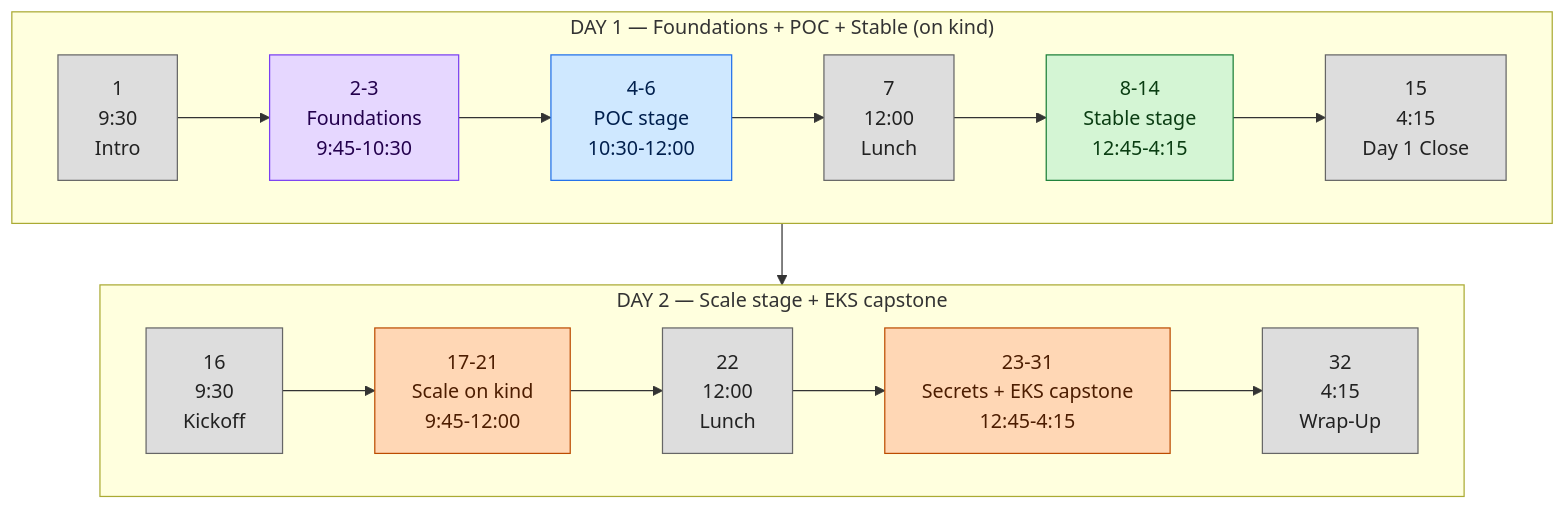
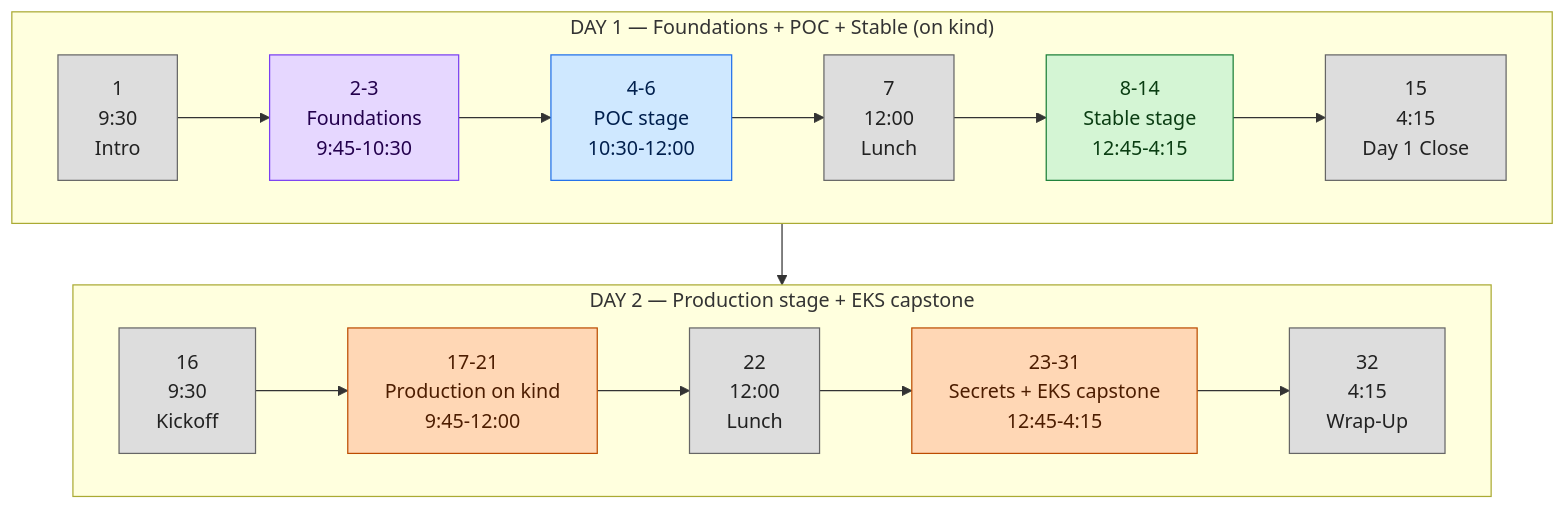
One commit to ALT-F4-LLC/fem-kubernetes changed the diagram in docs/workshop/OUTLINE.md. Above: the diagram before and after it, drawn with Mermaid. The commit also changed other lines of this file, not shown here.

First line of the commit message:
docs(workshop): rename third workshop stage Scale to Production

````diff
--- a/docs/workshop/OUTLINE.md
+++ b/docs/workshop/OUTLINE.md
@@ -115,29 +115,29 @@
 ```mermaid
 flowchart TB
     subgraph D1["DAY 1 — Foundations + POC + Stable (on kind)"]
         direction LR
         A1["1<br/>9:30<br/>Intro"]:::interlude
         A2["2-3<br/>Foundations<br/>9:45-10:30"]:::found
         A3["4-6<br/>POC stage<br/>10:30-12:00"]:::poc
         A4["7<br/>12:00<br/>Lunch"]:::interlude
         A5["8-14<br/>Stable stage<br/>12:45-4:15"]:::stable
         A6["15<br/>4:15<br/>Day 1 Close"]:::interlude
         A1 --> A2 --> A3 --> A4 --> A5 --> A6
     end
-    subgraph D2["DAY 2 — Scale stage + EKS capstone"]
+    subgraph D2["DAY 2 — Production stage + EKS capstone"]
         direction LR
         B1["16<br/>9:30<br/>Kickoff"]:::interlude
-        B2["17-21<br/>Scale on kind<br/>9:45-12:00"]:::scale
+        B2["17-21<br/>Production on kind<br/>9:45-12:00"]:::production
         B3["22<br/>12:00<br/>Lunch"]:::interlude
-        B4["23-31<br/>Secrets + EKS capstone<br/>12:45-4:15"]:::scale
+        B4["23-31<br/>Secrets + EKS capstone<br/>12:45-4:15"]:::production
         B5["32<br/>4:15<br/>Wrap-Up"]:::interlude
         B1 --> B2 --> B3 --> B4 --> B5
     end
     D1 --> D2
 
     classDef interlude fill:#ddd,stroke:#666,color:#222
     classDef found fill:#e6d7ff,stroke:#7a3ff2,color:#23004d
     classDef poc fill:#cfe8ff,stroke:#1f6feb,color:#001f4d
     classDef stable fill:#d4f5d4,stroke:#1a7f37,color:#0a3d12
-    classDef scale fill:#ffd7b5,stroke:#bc4c00,color:#4d1d00
+    classDef production fill:#ffd7b5,stroke:#bc4c00,color:#4d1d00
 ```
````
